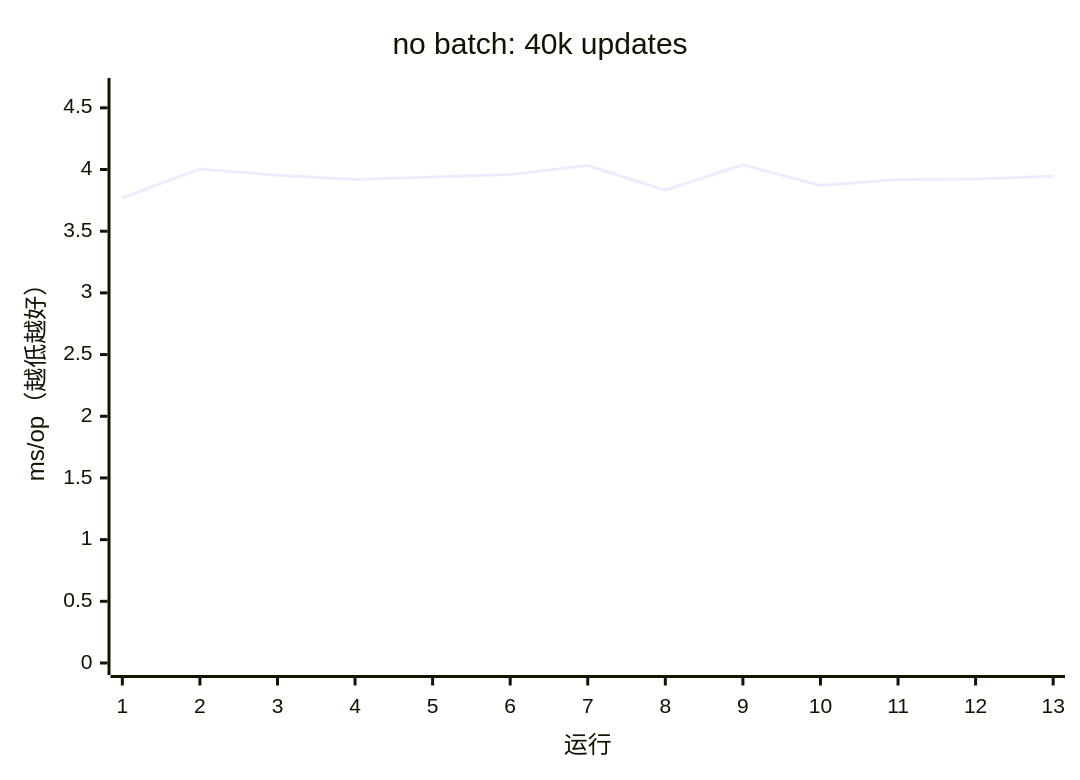
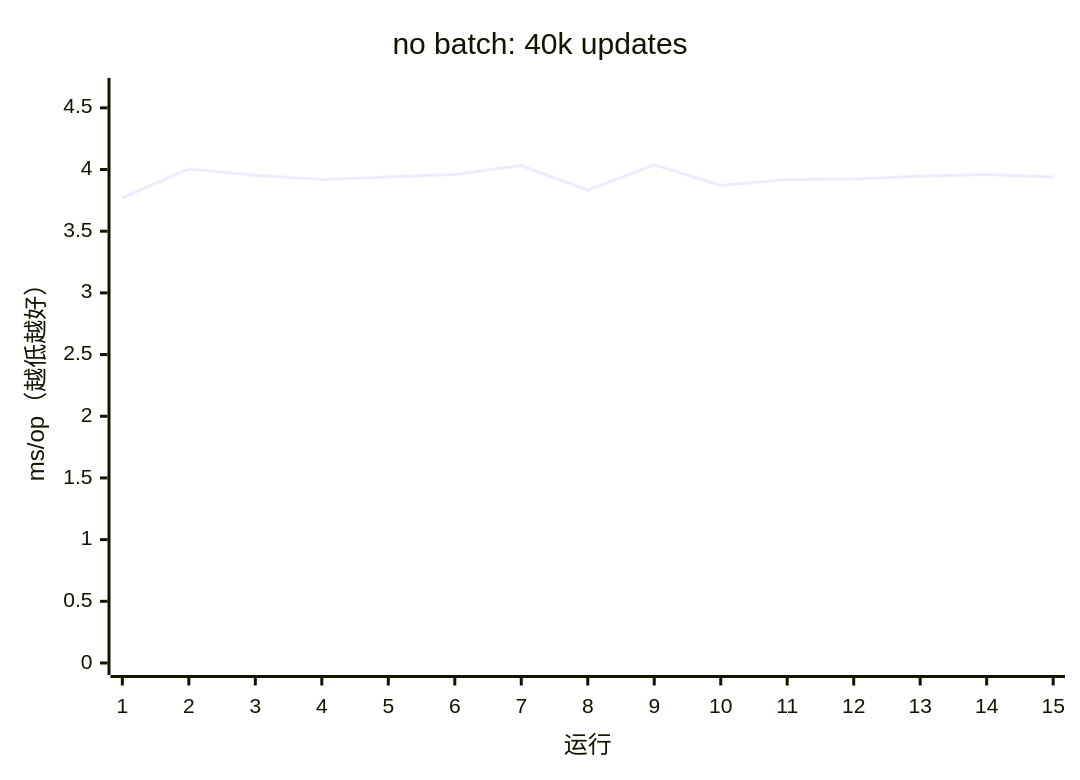
The tenth of 17 diagrams in apps/docs/src/content/docs/guides/benchmark.mdx (AIluffy/io), drawn with Mermaid before and after one commit. The commit also changed other lines of this file and 7 other files, not shown here.

````diff
--- a/apps/docs/src/content/docs/guides/benchmark.mdx
+++ b/apps/docs/src/content/docs/guides/benchmark.mdx
@@ -311,7 +313,7 @@
 ```mermaid
 xychart-beta
   title "no batch: 40k updates"
-  x-axis "运行" [1, 2, 3, 4, 5, 6, 7, 8, 9, 10, 11, 12, 13]
+  x-axis "运行" [1, 2, 3, 4, 5, 6, 7, 8, 9, 10, 11, 12, 13, 14, 15]
   y-axis "ms/op（越低越好）" 0 --> 4.6446
-  line [3.7705, 4.0045, 3.9537, 3.919, 3.9399, 3.9601, 4.0328, 3.8328, 4.0388, 3.8705, 3.9188, 3.9234, 3.9458]
+  line [3.7705, 4.0045, 3.9537, 3.919, 3.9399, 3.9601, 4.0328, 3.8328, 4.0388, 3.8705, 3.9188, 3.9234, 3.9458, 3.9604, 3.9385]
 ```
````
